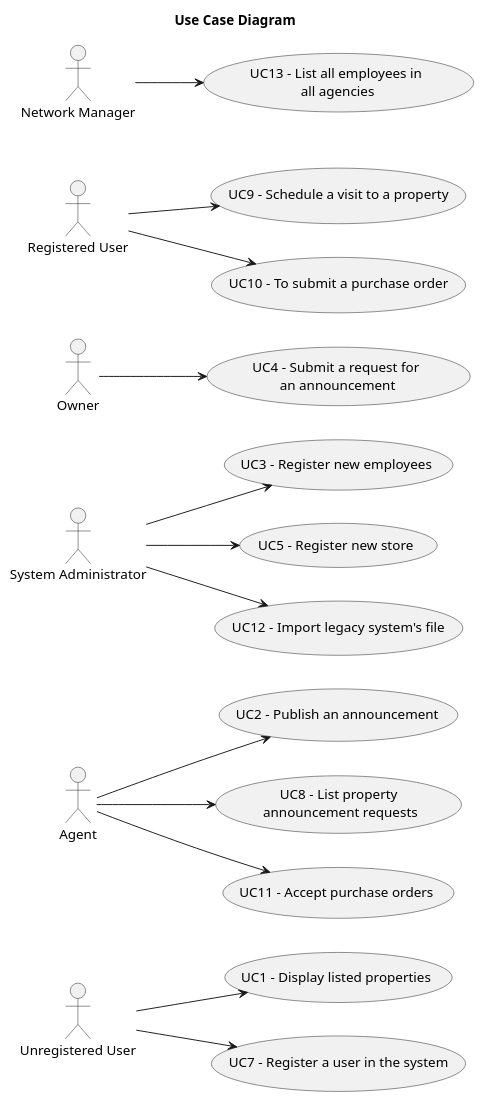
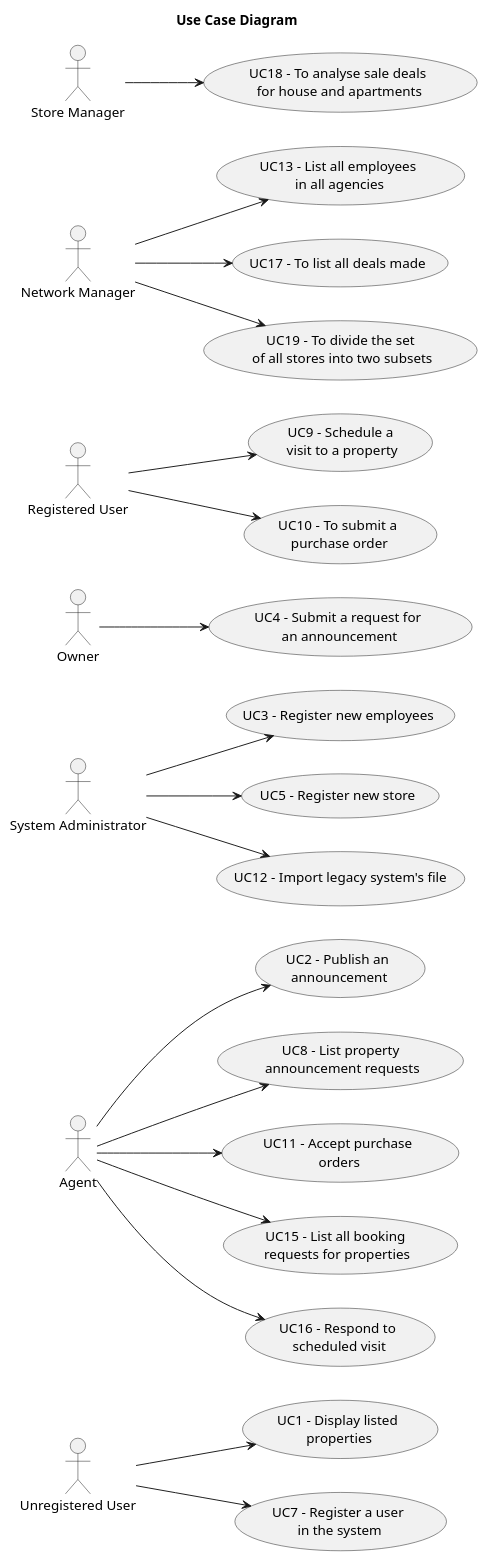
The diagram in docs/sprintD/global-artifacts/01.requirements-engineering/puml/use-case-diagram.puml (rita-barbosa/LAPR2-2223), drawn with PlantUML before and after one commit. The commit also changed 1 other file, not shown here.

Commit message:
Use Case Diagram [all] [Global Artifacts]

```diff
--- a/docs/sprintD/global-artifacts/01.requirements-engineering/puml/use-case-diagram.puml
+++ b/docs/sprintD/global-artifacts/01.requirements-engineering/puml/use-case-diagram.puml
@@ -1,39 +1,49 @@
 @startuml
 'skinparam monochrome true
 skinparam packageStyle rectangle
 'skinparam shadowing false
 
 skinparam rectangle{
     BorderColor yellow
 }
 
 title Use Case Diagram
 
 left to right direction
 
-    usecase "UC1 - Display listed properties" as UC1
+    usecase "UC1 - Display listed\n properties" as UC1
         "Unregistered User" --> UC1
-    usecase "UC2 - Publish an announcement" as UC2
+    usecase "UC2 - Publish an\n announcement" as UC2
         "Agent" --> UC2
     usecase "UC3 - Register new employees" as UC3
         "System Administrator" --> UC3
     usecase "UC4 - Submit a request for\n an announcement" as UC4
         "Owner" --> UC4
     usecase "UC5 - Register new store" as UC5
         "System Administrator" --> UC5
-    usecase "UC7 - Register a user in the system" as UC7
+    usecase "UC7 - Register a user\n in the system" as UC7
         "Unregistered User" --> UC7
     usecase "UC8 - List property\n announcement requests" as UC8
        "Agent" --> UC8
-    usecase "UC9 - Schedule a visit to a property" as UC9
+    usecase "UC9 - Schedule a\n visit to a property" as UC9
        "Registered User" --> UC9
-    usecase "UC10 - To submit a purchase order" as UC10
+    usecase "UC10 - To submit a\n purchase order" as UC10
        "Registered User" --> UC10
-    usecase "UC11 - Accept purchase orders" as UC11
+    usecase "UC11 - Accept purchase\n orders" as UC11
        "Agent" --> UC11
     usecase "UC12 - Import legacy system's file" as UC12
        "System Administrator" --> UC12
-    usecase "UC13 - List all employees in\n all agencies" as UC13
+    usecase "UC13 - List all employees\n in all agencies" as UC13
        "Network Manager" --> UC13
+    usecase "UC15 - List all booking\n requests for properties" as UC15
+       "Agent" --> UC15
+    usecase "UC16 - Respond to\n scheduled visit" as UC16
+       "Agent" --> UC16
+    usecase "UC17 - To list all deals made" as UC17
+       "Network Manager" --> UC17
+    usecase "UC18 - To analyse sale deals\n for house and apartments" as UC18
+       "Store Manager" --> UC18
+    usecase "UC19 - To divide the set\n of all stores into two subsets" as UC19
+       "Network Manager" --> UC19
 
 @enduml
```
